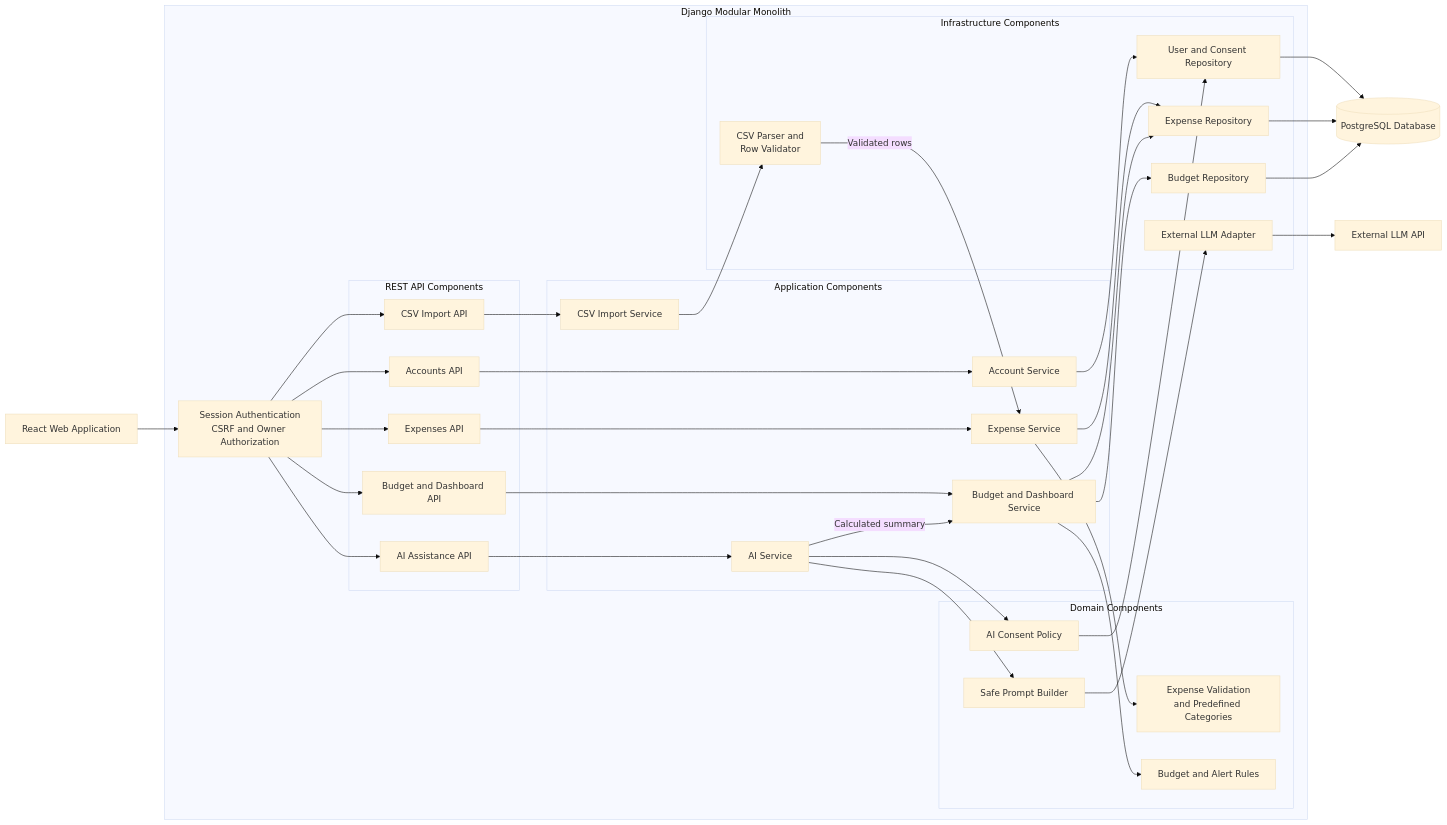
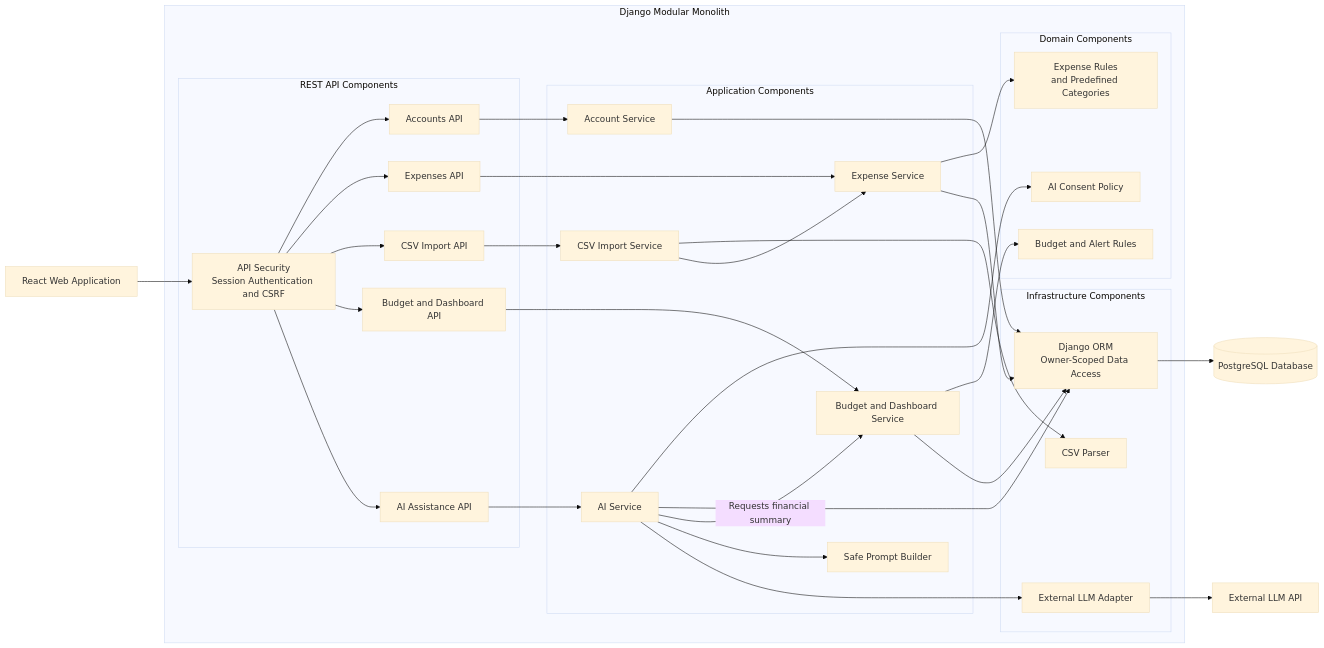
One commit to fatima448/ai-finance-assistant changed the diagram in docs/architecture/component-diagram.md. Above: the diagram before and after it, drawn with Mermaid (base theme). The commit also changed 6 other files, not shown here.

Commit message:
update software architecture diagrams

````diff
--- a/docs/architecture/component-diagram.md
+++ b/docs/architecture/component-diagram.md
@@ -1,72 +1,75 @@
 ```mermaid
+
 flowchart LR
     Client["React Web Application"]
 
     subgraph Backend["Django Modular Monolith"]
-        Security["Session Authentication<br/>CSRF and Owner Authorization"]
 
         subgraph APIs["REST API Components"]
+            Security["API Security<br/>Session Authentication and CSRF"]
             AccountsAPI["Accounts API"]
             ExpensesAPI["Expenses API"]
             ImportAPI["CSV Import API"]
             DashboardAPI["Budget and Dashboard API"]
             AIAPI["AI Assistance API"]
         end
 
         subgraph Services["Application Components"]
             AccountService["Account Service"]
             ExpenseService["Expense Service"]
             ImportService["CSV Import Service"]
             DashboardService["Budget and Dashboard Service"]
             AIService["AI Service"]
+            PromptBuilder["Safe Prompt Builder"]
         end
 
         subgraph Rules["Domain Components"]
-            ExpenseRules["Expense Validation<br/>and Predefined Categories"]
+            ExpenseRules["Expense Rules<br/>and Predefined Categories"]
             BudgetRules["Budget and Alert Rules"]
             ConsentPolicy["AI Consent Policy"]
-            PromptBuilder["Safe Prompt Builder"]
         end
 
-        subgraph Persistence["Infrastructure Components"]
-            UserRepo["User and Consent Repository"]
-            ExpenseRepo["Expense Repository"]
-            BudgetRepo["Budget Repository"]
-            CSVParser["CSV Parser and<br/>Row Validator"]
+        subgraph Infrastructure["Infrastructure Components"]
+            ORM["Django ORM<br/>Owner-Scoped Data Access"]
+            CSVParser["CSV Parser"]
             LLMAdapter["External LLM Adapter"]
         end
     end
 
     DB[("PostgreSQL Database")]
     LLM["External LLM API"]
 
     Client --> Security
+
     Security --> AccountsAPI
     Security --> ExpensesAPI
     Security --> ImportAPI
     Security --> DashboardAPI
     Security --> AIAPI
 
-    AccountsAPI --> AccountService --> UserRepo
+    AccountsAPI --> AccountService
     ExpensesAPI --> ExpenseService
+    ImportAPI --> ImportService
+    DashboardAPI --> DashboardService
+    AIAPI --> AIService
+
+    AccountService --> ORM
+
     ExpenseService --> ExpenseRules
-    ExpenseService --> ExpenseRepo
+    ExpenseService --> ORM
 
-    ImportAPI --> ImportService
     ImportService --> CSVParser
-    CSVParser -->|"Validated rows"| ExpenseService
+    ImportService --> ExpenseService
 
-    DashboardAPI --> DashboardService
-    DashboardService --> ExpenseRepo
-    DashboardService --> BudgetRepo
     DashboardService --> BudgetRules
+    DashboardService --> ORM
 
-    AIAPI --> AIService
-    AIService --> ConsentPolicy --> UserRepo
-    AIService -->|"Calculated summary"| DashboardService
-    AIService --> PromptBuilder --> LLMAdapter --> LLM
+    AIService --> ConsentPolicy
+    AIService --> ORM
+    AIService -->|"Requests financial summary"| DashboardService
+    AIService --> PromptBuilder
+    AIService --> LLMAdapter
 
-    UserRepo --> DB
-    ExpenseRepo --> DB
-    BudgetRepo --> DB
+    ORM --> DB
+    LLMAdapter --> LLM
 ```
````
